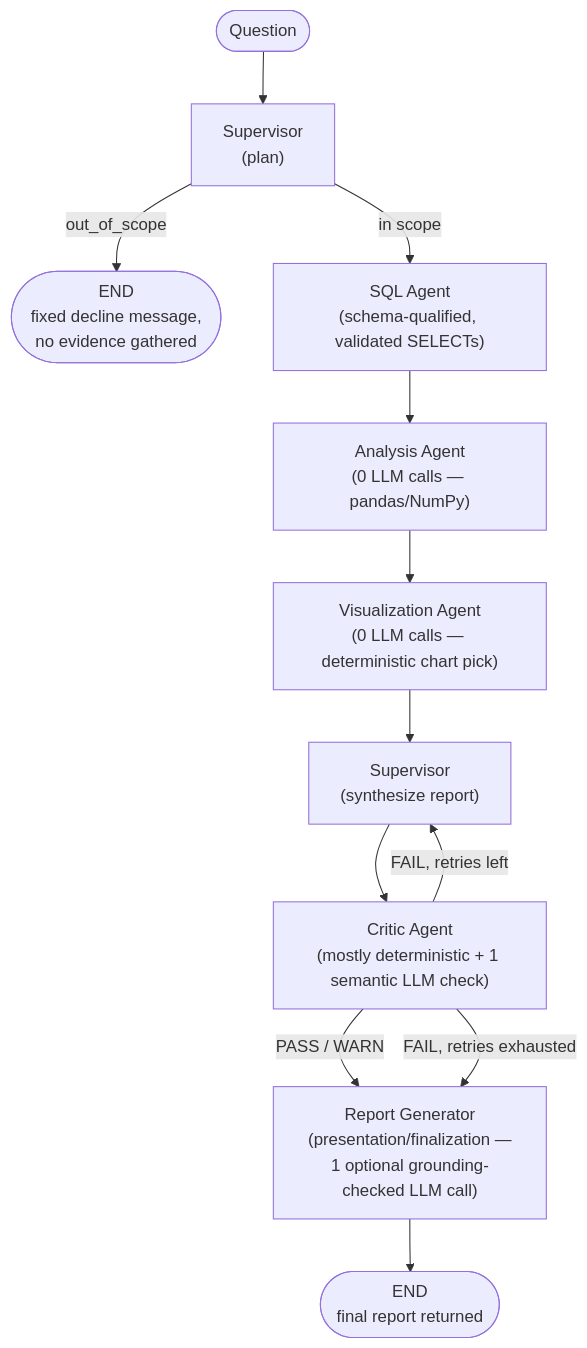
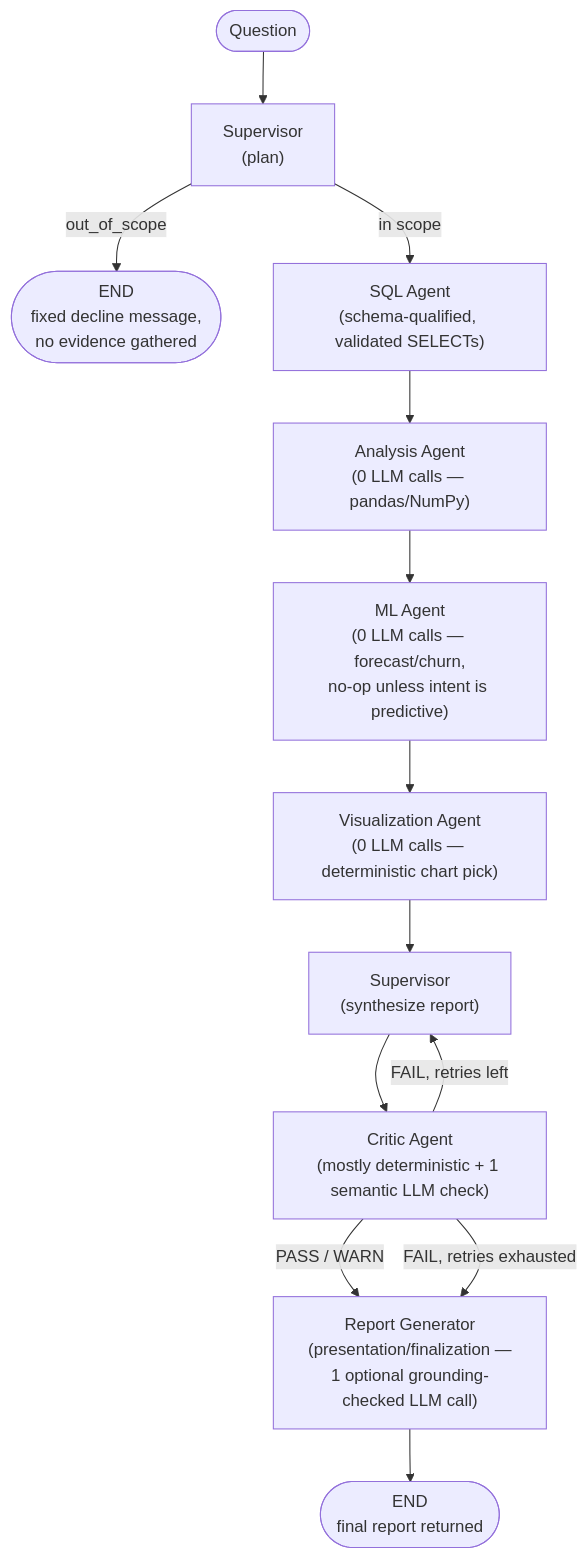
One commit to sunilsaini01/AI-Business-Intelligence-Analyst changed the second of 4 diagrams in README.md. Above: the diagram before and after it, drawn with Mermaid. The commit also changed other lines of this file and 4 other files, not shown here.

````diff
--- a/README.md
+++ b/README.md
@@ -91,18 +97,19 @@
 ```mermaid
 flowchart TD
     Start(["Question"]) --> Sup1["Supervisor\n(plan)"]
 
     Sup1 -- "out_of_scope" --> Decline(["END\nfixed decline message,\nno evidence gathered"])
     Sup1 -- "in scope" --> SQLAgent["SQL Agent\n(schema-qualified, validated SELECTs)"]
 
     SQLAgent --> Analysis["Analysis Agent\n(0 LLM calls — pandas/NumPy)"]
-    Analysis --> Viz["Visualization Agent\n(0 LLM calls — deterministic chart pick)"]
+    Analysis --> ML["ML Agent\n(0 LLM calls — forecast/churn,\nno-op unless intent is predictive)"]
+    ML --> Viz["Visualization Agent\n(0 LLM calls — deterministic chart pick)"]
     Viz --> Sup2["Supervisor\n(synthesize report)"]
     Sup2 --> Critic["Critic Agent\n(mostly deterministic + 1 semantic LLM check)"]
 
     Critic -- "PASS / WARN" --> ReportGen["Report Generator\n(presentation/finalization —\n1 optional grounding-checked LLM call)"]
     Critic -- "FAIL, retries left" --> Sup2
     Critic -- "FAIL, retries exhausted" --> ReportGen
 
     ReportGen --> Done(["END\nfinal report returned"])
 ```
````
